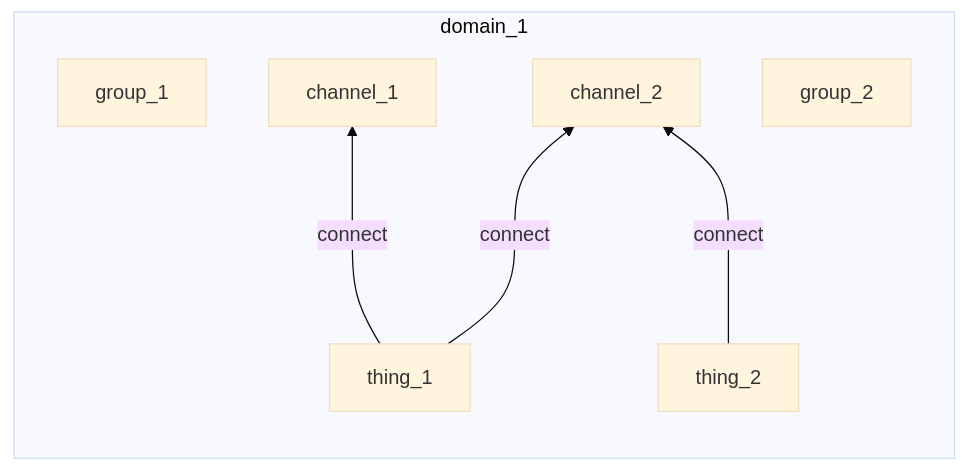
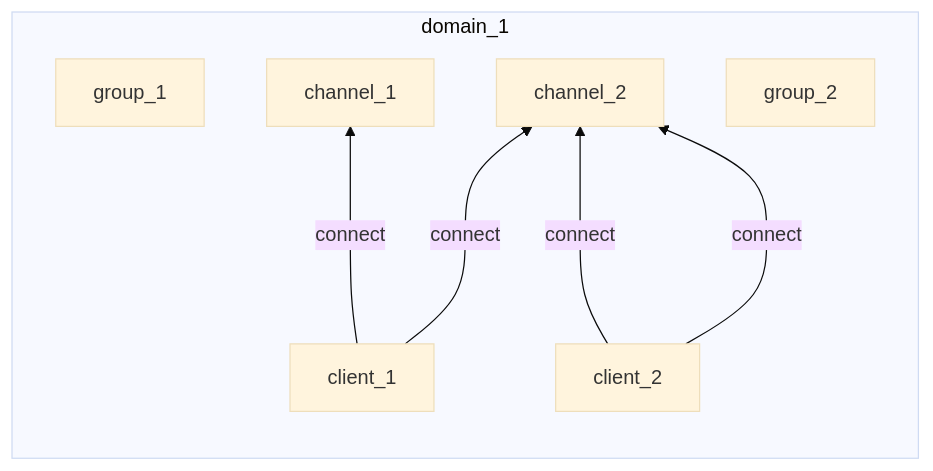
Before and after one commit to absmach/supermq-docs: the fourth of 8 diagrams in docs/authorization.md, drawn with Mermaid (base theme). The commit also changed other lines of this file and 1 other file, not shown here.

````diff
--- a/docs/authorization.md
+++ b/docs/authorization.md
@@ -93,20 +104,21 @@
 ```mermaid
 graph
    subgraph domain_1
       direction BT
       Gr1["group_1"]
       Gr2["group_2"]
 
-      Th1["thing_1"]
-      Th2["thing_2"]
+      Cl1["client_1"]
+      Cl2["client_2"]
 
       Ch1["channel_1"]
       Ch2["channel_2"]
 
 
-      Th1 --->|connect| Ch1
-      Th1 --->|connect| Ch2
+      Cl1 --->|connect| Ch1
+      Cl1 --->|connect| Ch2
 
-      Th2 --->|connect| Ch2
+      Cl2 --->|connect| Ch2
+      Cl2 --->|connect| Ch2
    end
 ```
````
